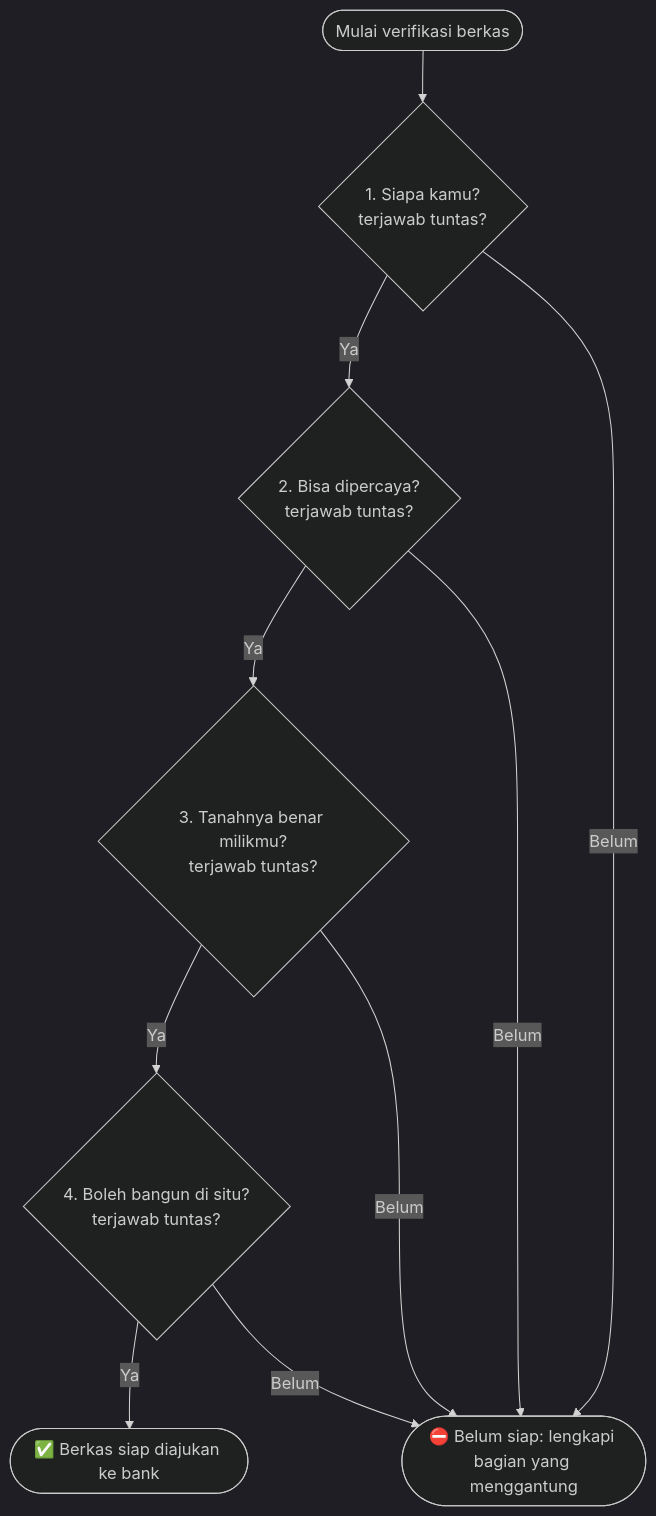
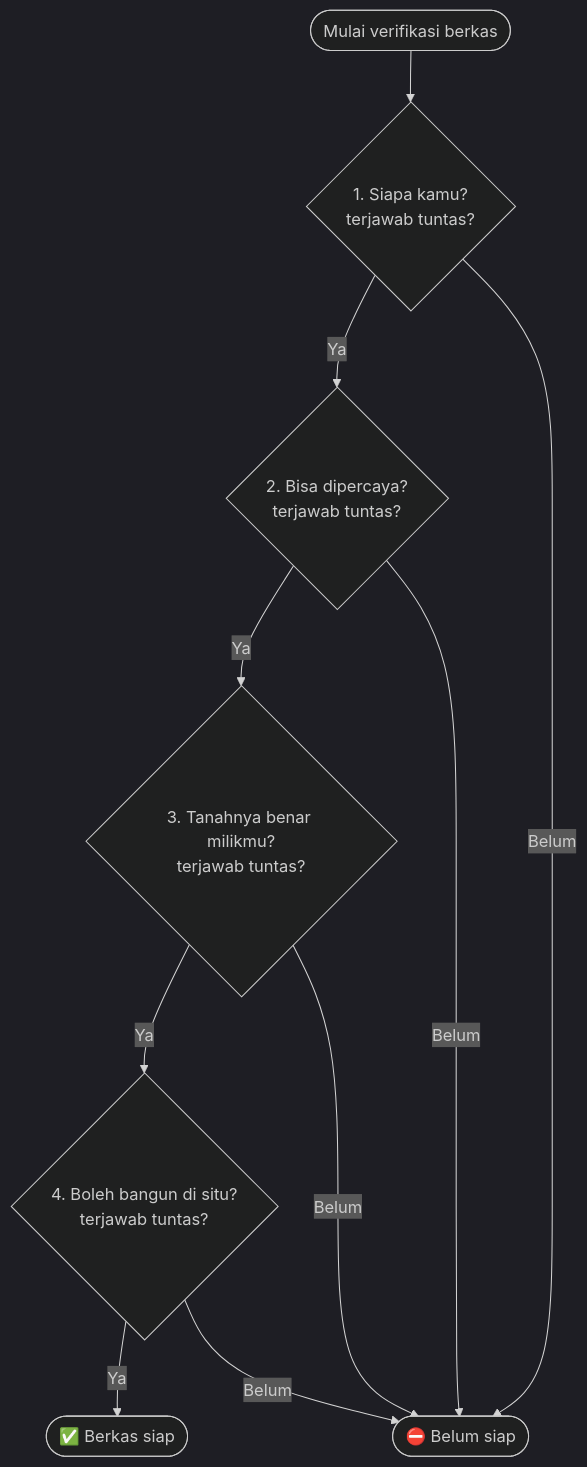
Before and after one commit to muhyassin09/my-learning-journey: the second of 2 diagrams in Consumer-Financing-at-BSI/secure-griya/4-pertanyaan-bank-verifikasi-developer.md, drawn with Mermaid (dark theme).

Commit message:
Update verification flow in developer documentation

````diff
--- a/Consumer-Financing-at-BSI/secure-griya/4-pertanyaan-bank-verifikasi-developer.md
+++ b/Consumer-Financing-at-BSI/secure-griya/4-pertanyaan-bank-verifikasi-developer.md
@@ -121,12 +121,12 @@
 ```mermaid
 flowchart TD
     S(["Mulai verifikasi berkas"]) --> A{"1. Siapa kamu?<br/>terjawab tuntas?"}
     A -->|Ya| B{"2. Bisa dipercaya?<br/>terjawab tuntas?"}
     B -->|Ya| C{"3. Tanahnya benar milikmu?<br/>terjawab tuntas?"}
     C -->|Ya| D{"4. Boleh bangun di situ?<br/>terjawab tuntas?"}
-    D -->|Ya| OK(["✅ Berkas siap diajukan ke bank"])
-    A -->|Belum| X(["⛔ Belum siap: lengkapi bagian yang menggantung"])
+    D -->|Ya| OK(["✅ Berkas siap"])
+    A -->|Belum| X(["⛔ Belum siap"])
     B -->|Belum| X
     C -->|Belum| X
     D -->|Belum| X
 ```
````
